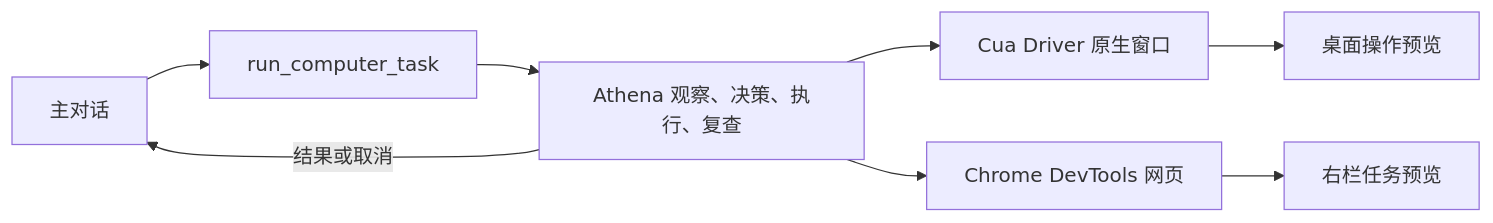
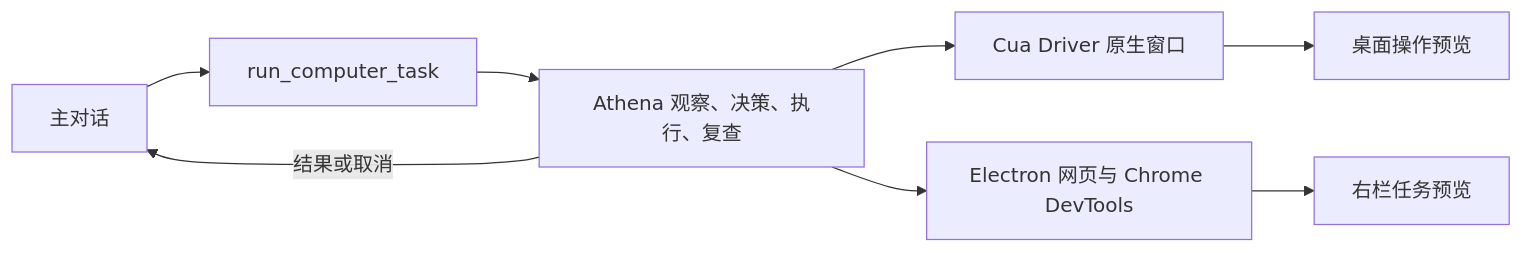
One commit to mehaifeng/AthenaAgent changed the diagram in Docs/ComputerUse_Prototype_CN.md. Above: the diagram before and after it, drawn with Mermaid. The commit also changed other lines of this file and 11 other files, not shown here.

````diff
--- a/Docs/ComputerUse_Prototype_CN.md
+++ b/Docs/ComputerUse_Prototype_CN.md
@@ -13,10 +13,10 @@
 ```mermaid
 flowchart LR
     Chat["主对话"] --> Tool["run_computer_task"]
     Tool --> Loop["Athena 观察、决策、执行、复查"]
     Loop --> Desktop["Cua Driver 原生窗口"]
-    Loop --> Browser["Chrome DevTools 网页"]
+    Loop --> Browser["Electron 网页与 Chrome DevTools"]
     Desktop --> NativePreview["桌面操作预览"]
     Browser --> TaskPreview["右栏任务预览"]
     Loop -->|结果或取消| Chat
 ```
````
